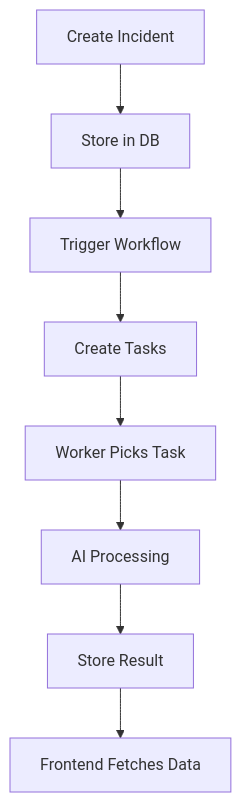
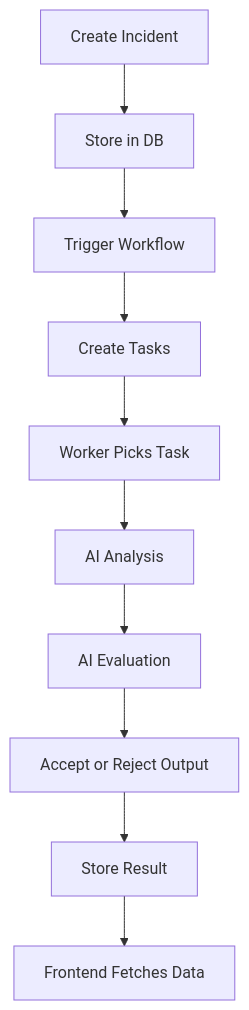
Before and after one commit to panakantinandu/ai-workflow-platform: the second of 3 diagrams in README.md, drawn with Mermaid. The commit also changed other lines of this file, not shown here.

````diff
--- a/README.md
+++ b/README.md
@@ -76,10 +60,12 @@
 ```mermaid
 graph TD
     A[Create Incident] --> B[Store in DB]
     B --> C[Trigger Workflow]
     C --> D[Create Tasks]
     D --> E[Worker Picks Task]
-    E --> F[AI Processing]
-    F --> G[Store Result]
-    G --> H[Frontend Fetches Data]
+    E --> F[AI Analysis]
+    F --> G[AI Evaluation]
+    G --> H[Accept or Reject Output]
+    H --> I[Store Result]
+    I --> J[Frontend Fetches Data]
 ```
````
